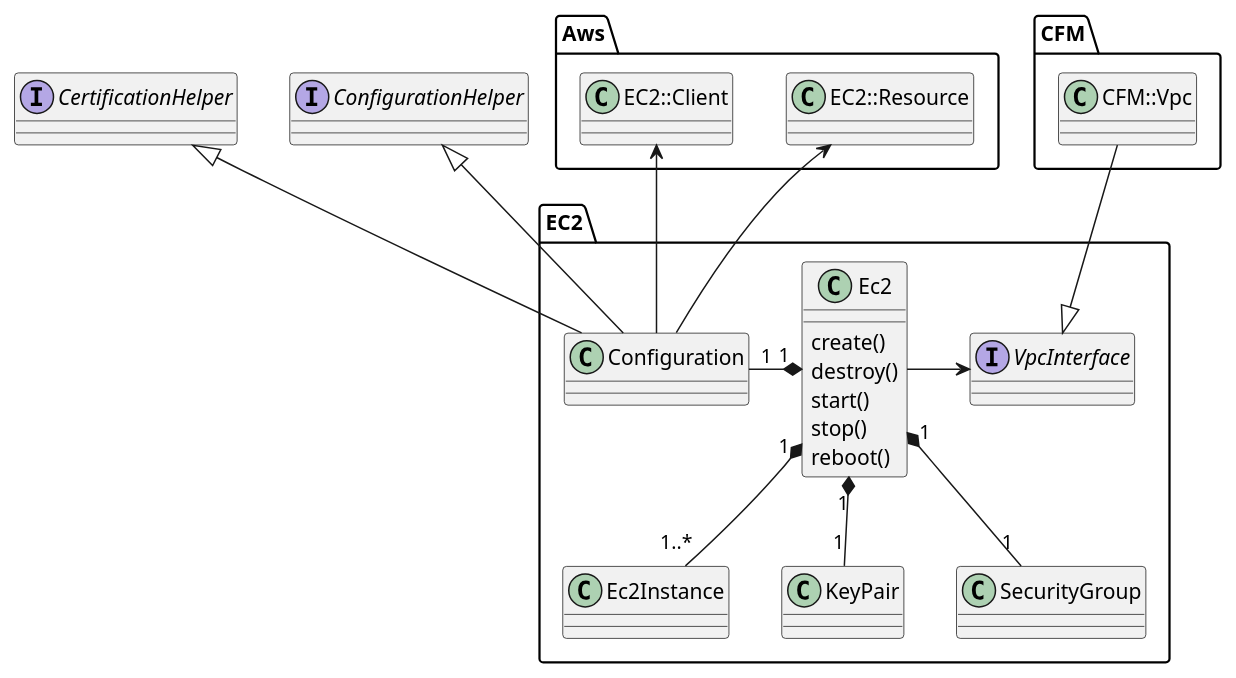
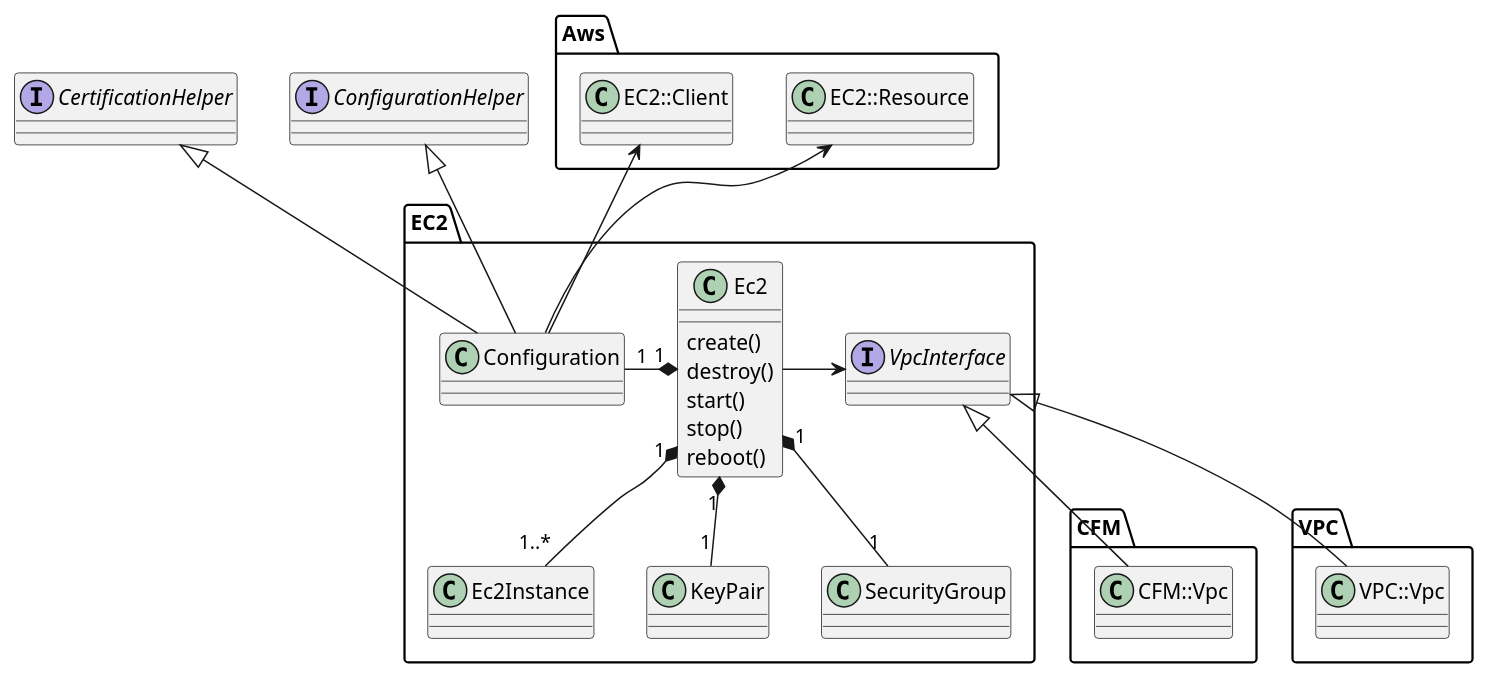
Before and after one commit to k2works/etude_for_aws: the diagram in docs/dev/ec2/core_model.puml, drawn with PlantUML. The commit also changed 14 other files, not shown here.

```diff
--- a/docs/dev/ec2/core_model.puml
+++ b/docs/dev/ec2/core_model.puml
@@ -1,38 +1,43 @@
 @startuml
 
 package Aws {
   class EC2::Client
   class EC2::Resource
 }
 
 package CFM {
   class CFM::Vpc
 }
 
+package VPC {
+  class VPC::Vpc
+}
+
 Interface CertificationHelper
 Interface ConfigurationHelper
 
 package EC2 {
   Interface VpcInterface
-  VpcInterface <|-u- CFM::Vpc
+  VpcInterface <|-- CFM::Vpc
+  VpcInterface <|-- VPC::Vpc
 
   class Ec2 {
     create()
     destroy()
     start()
     stop()
     reboot()
   }
   CertificationHelper <|-- Configuration
   ConfigurationHelper <|-- Configuration
   Configuration -u-> EC2::Client
   Configuration -u-> EC2::Resource
   Ec2 -r-> VpcInterface
   Ec2 "1" *-l- "1" Configuration
   Ec2 "1" *-- "1..*" Ec2Instance
   Ec2 "1" *-- "1" KeyPair
   Ec2 "1" *-- "1" SecurityGroup
 
 }
 
 @enduml
```
